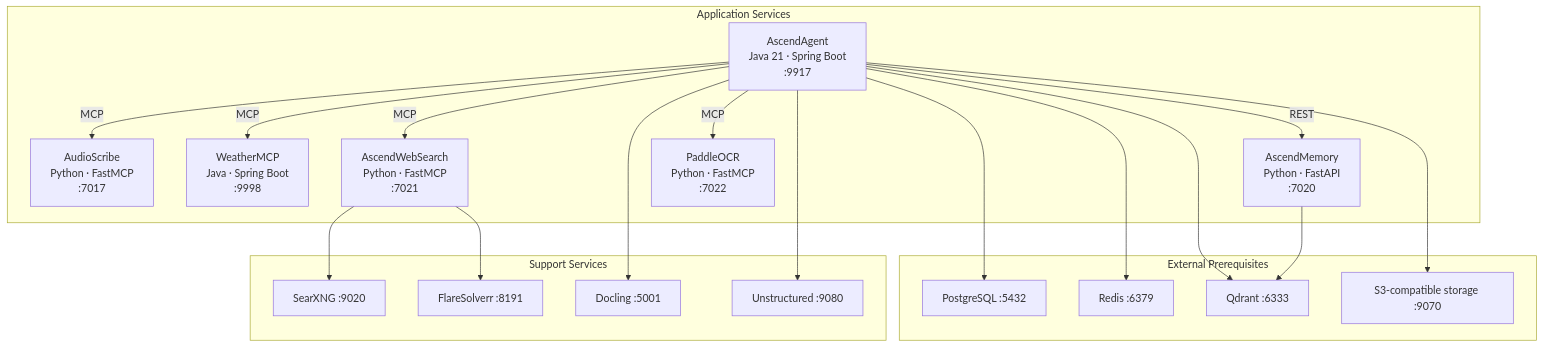
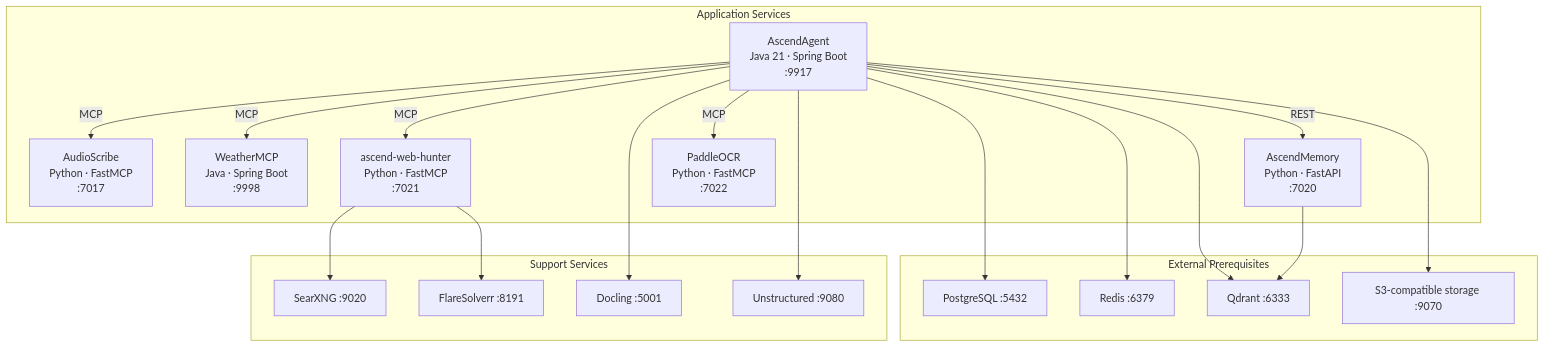
Before and after one commit to Lukk17/AscendAI: the first of 3 diagrams in docs/architecture/arc42/03-building-blocks.md, drawn with Mermaid. The commit also changed other lines of this file and 422 other files, not shown here.

````diff
--- a/docs/architecture/arc42/03-building-blocks.md
+++ b/docs/architecture/arc42/03-building-blocks.md
@@ -7,40 +7,40 @@
 ```mermaid
 graph TB
     subgraph "Application Services"
         Agent["AscendAgent<br/>Java 21 · Spring Boot<br/>:9917"]
         AudioScribe["AudioScribe<br/>Python · FastMCP<br/>:7017"]
         Weather["WeatherMCP<br/>Java · Spring Boot<br/>:9998"]
-        WebSearch["AscendWebSearch<br/>Python · FastMCP<br/>:7021"]
+        WebHunter["ascend-web-hunter<br/>Python · FastMCP<br/>:7021"]
         Memory["AscendMemory<br/>Python · FastAPI<br/>:7020"]
         PaddleOCR["PaddleOCR<br/>Python · FastMCP<br/>:7022"]
     end
 
     subgraph "External Prerequisites"
         Postgres["PostgreSQL :5432"]
         Redis["Redis :6379"]
         Qdrant["Qdrant :6333"]
         S3["S3-compatible storage :9070"]
     end
 
     subgraph "Support Services"
         SearXNG["SearXNG :9020"]
         Flare["FlareSolverr :8191"]
         Docling["Docling :5001"]
         Unstructured["Unstructured :9080"]
     end
 
     Agent -->|"MCP"| AudioScribe
     Agent -->|"MCP"| Weather
-    Agent -->|"MCP"| WebSearch
+    Agent -->|"MCP"| WebHunter
     Agent -->|"MCP"| PaddleOCR
     Agent -->|"REST"| Memory
     Agent --> Postgres
     Agent --> Redis
     Agent --> Qdrant
     Agent --> S3
     Agent --> Docling
     Agent --> Unstructured
-    WebSearch --> SearXNG
-    WebSearch --> Flare
+    WebHunter --> SearXNG
+    WebHunter --> Flare
     Memory --> Qdrant
 ```
````
